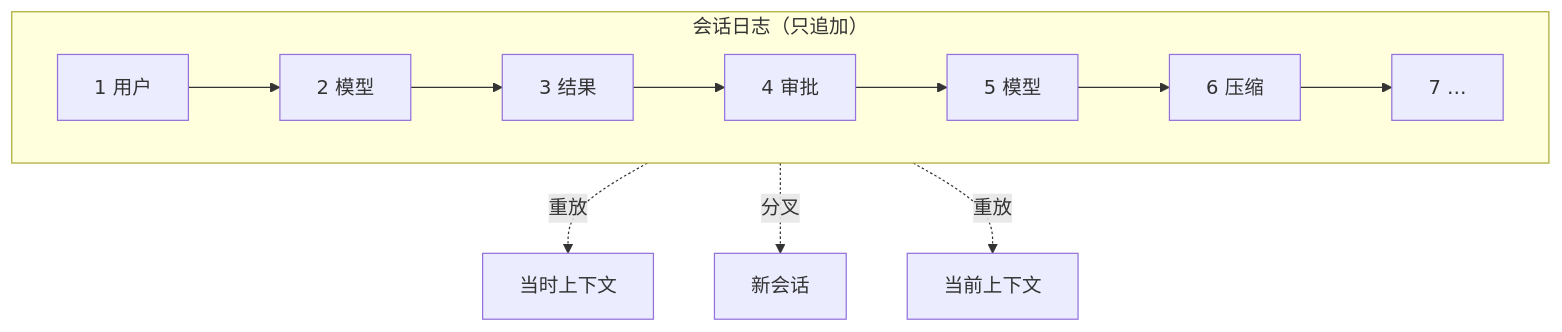
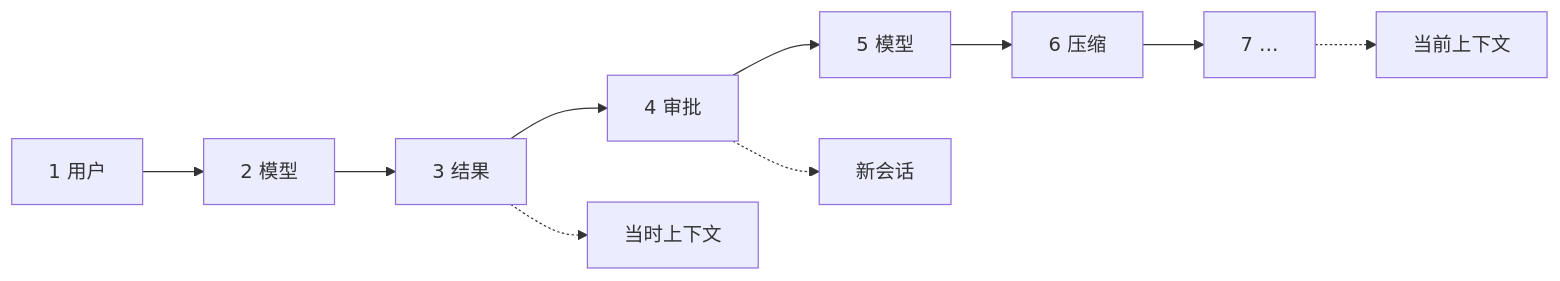
The fourth of 10 diagrams in slides/2026-10-29-agent-and-harness.md (arganzheng/arganzheng.github.com), drawn with Mermaid before and after one commit. The commit also changed other lines of this file, not shown here.

Commit message:
slides(2026-10-29-agent-and-harness): 图内文字 ≥14px——标签缩短/拆分/Unicode 数学

````diff
--- a/slides/2026-10-29-agent-and-harness.md
+++ b/slides/2026-10-29-agent-and-harness.md
@@ -134,11 +137,8 @@
 ```mermaid
 %%{init: {"flowchart": {"wrappingWidth": 170}}}%%
-flowchart TB
-    subgraph LOG["会话日志（只追加）"]
-        direction LR
-        E1["1 用户"] --> E2["2 模型"] --> E3["3 结果"] --> E4["4 审批"] --> E5["5 模型"] --> E6["6 压缩"] --> E7["7 …"]
-    end
-    E3 -. "重放" .-> D["当时上下文"]
-    E4 -. "分叉" .-> F["新会话"]
-    E7 -. "重放" .-> C["当前上下文"]
+flowchart LR
+    E1["1 用户"] --> E2["2 模型"] --> E3["3 结果"] --> E4["4 审批"] --> E5["5 模型"] --> E6["6 压缩"] --> E7["7 …"]
+    E3 -.-> D["当时上下文"]
+    E4 -.-> F["新会话"]
+    E7 -.-> C["当前上下文"]
 ```
````
